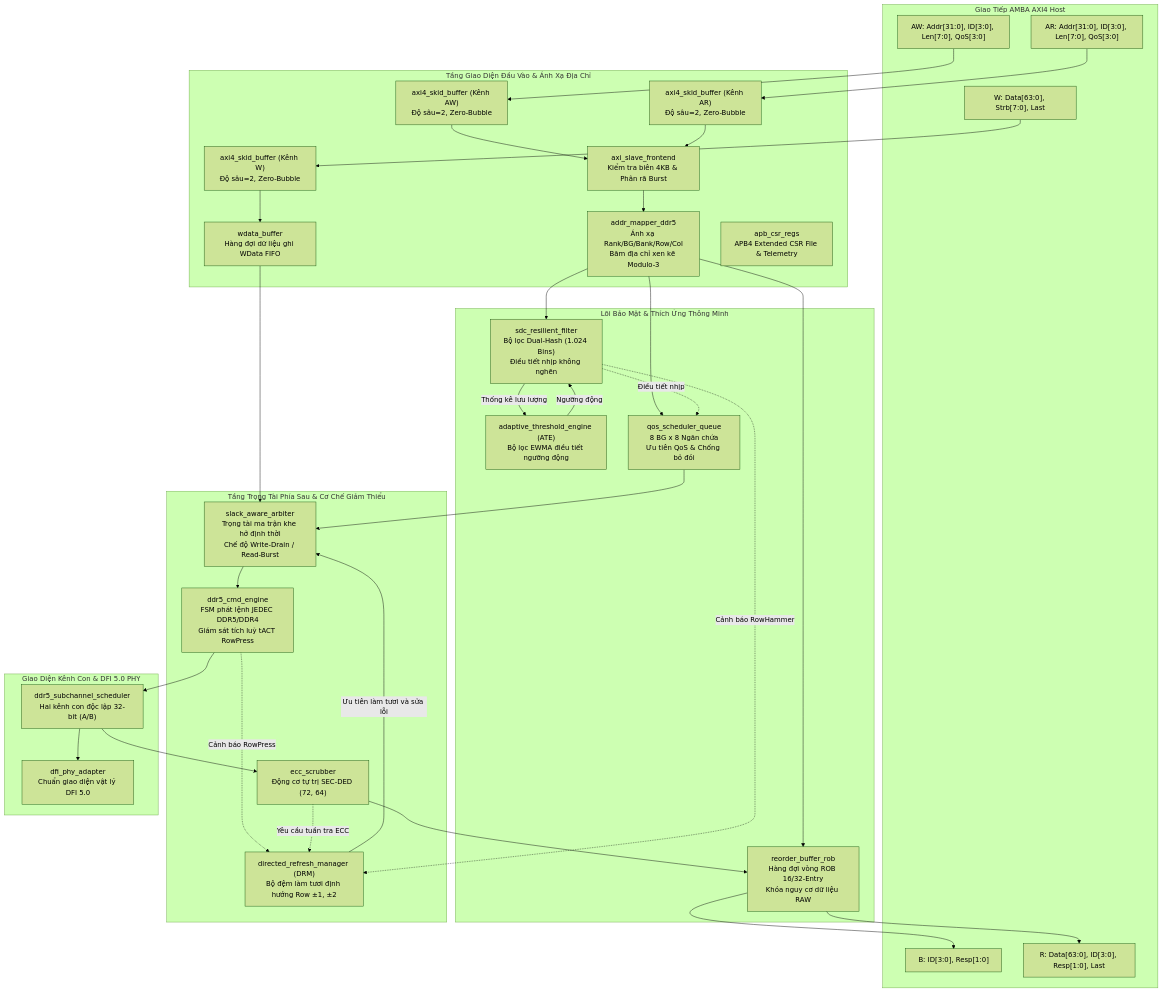
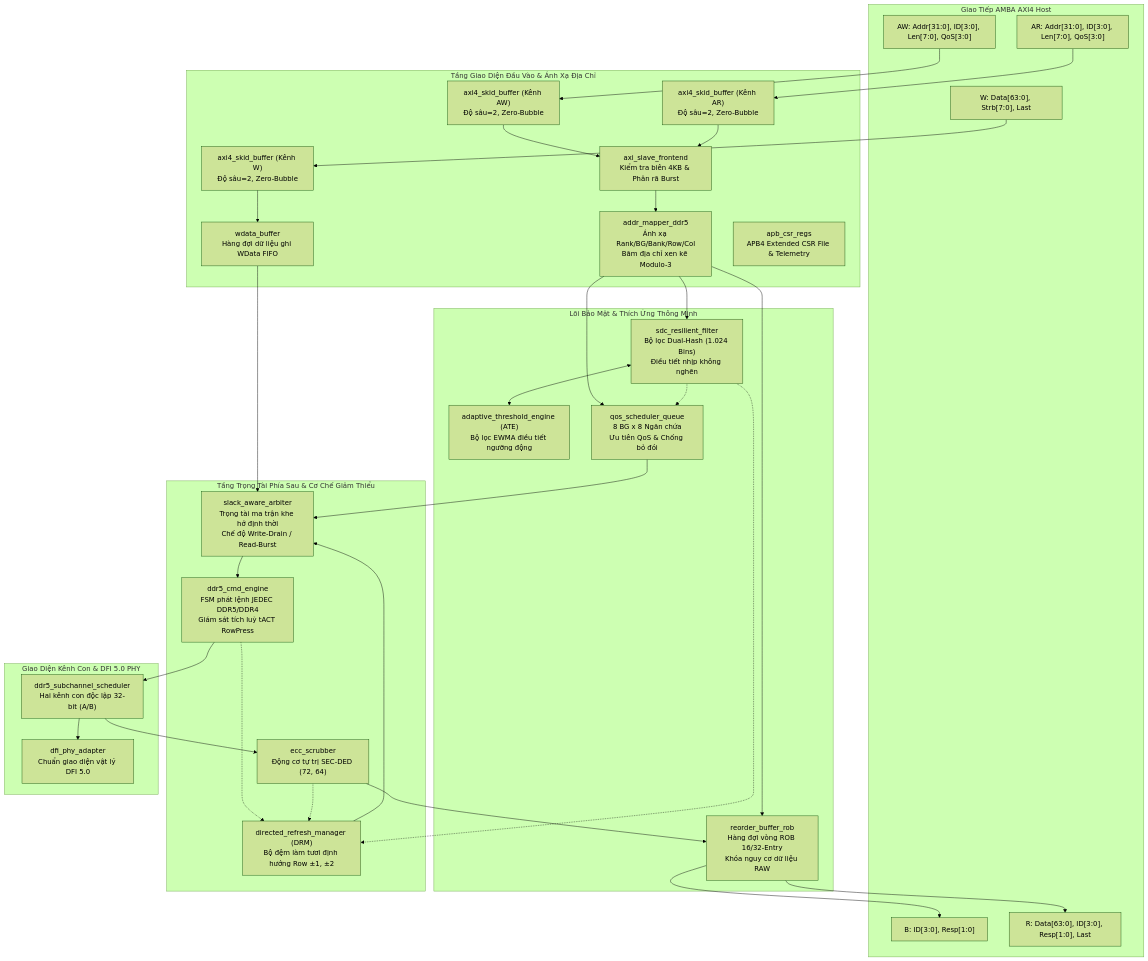
One commit to quachtuanthanh80-arch/DRAM changed the first of 2 diagrams in README.md. Above: the diagram before and after it, drawn with Mermaid (forest theme). The commit also changed other lines of this file, not shown here.

Commit message:
docs(readme): strip edge labels to fix GitHub Mermaid rendering compatibility

````diff
--- a/README.md
+++ b/README.md
@@ -32,69 +32,68 @@
 ```mermaid
 flowchart TD
     subgraph AXI4_Interface ["Giao Tiếp AMBA AXI4 Host"]
         AW["AW: Addr[31:0], ID[3:0], Len[7:0], QoS[3:0]"]
         W["W: Data[63:0], Strb[7:0], Last"]
         B["B: ID[3:0], Resp[1:0]"]
         AR["AR: Addr[31:0], ID[3:0], Len[7:0], QoS[3:0]"]
         R["R: Data[63:0], ID[3:0], Resp[1:0], Last"]
     end
 
     subgraph Frontend_Stage ["Tầng Giao Diện Đầu Vào & Ánh Xạ Địa Chỉ"]
         SKID_AW["axi4_skid_buffer (Kênh AW)<br/>Độ sâu=2, Zero-Bubble"]
         SKID_AR["axi4_skid_buffer (Kênh AR)<br/>Độ sâu=2, Zero-Bubble"]
         SKID_W["axi4_skid_buffer (Kênh W)<br/>Độ sâu=2, Zero-Bubble"]
         FE["axi_slave_frontend<br/>Kiểm tra biên 4KB & Phân rã Burst"]
         WBUF["wdata_buffer<br/>Hàng đợi dữ liệu ghi WData FIFO"]
         MAPPER["addr_mapper_ddr5<br/>Ánh xạ Rank/BG/Bank/Row/Col<br/>Băm địa chỉ xen kẽ Modulo-3"]
         CSR["apb_csr_regs<br/>APB4 Extended CSR File & Telemetry"]
     end
 
     subgraph Core_Engine ["Lõi Bảo Mật & Thích Ứng Thông Minh"]
         SDC["sdc_resilient_filter<br/>Bộ lọc Dual-Hash (1.024 Bins)<br/>Điều tiết nhịp không nghẽn"]
         ATE["adaptive_threshold_engine (ATE)<br/>Bộ lọc EWMA điều tiết ngưỡng động"]
         QOS["qos_scheduler_queue<br/>8 BG x 8 Ngăn chứa<br/>Ưu tiên QoS & Chống bỏ đói"]
         ROB["reorder_buffer_rob<br/>Hàng đợi vòng ROB 16/32-Entry<br/>Khóa nguy cơ dữ liệu RAW"]
     end
 
     subgraph Backend_Stage ["Tầng Trọng Tài Phía Sau & Cơ Chế Giảm Thiểu"]
         ARB["slack_aware_arbiter<br/>Trọng tài ma trận khe hở định thời<br/>Chế độ Write-Drain / Read-Burst"]
         DRM["directed_refresh_manager (DRM)<br/>Bộ đệm làm tươi định hướng Row ±1, ±2"]
         ENGINE["ddr5_cmd_engine<br/>FSM phát lệnh JEDEC DDR5/DDR4<br/>Giám sát tích luỹ tACT RowPress"]
         ECC["ecc_scrubber<br/>Động cơ tự trị SEC-DED (72, 64)"]
     end
 
     subgraph Memory_PHY ["Giao Diện Kênh Con & DFI 5.0 PHY"]
         SCHED["ddr5_subchannel_scheduler<br/>Hai kênh con độc lập 32-bit (A/B)"]
         DFI["dfi_phy_adapter<br/>Chuẩn giao diện vật lý DFI 5.0"]
     end
 
     AW --> SKID_AW
     SKID_AW --> FE
     AR --> SKID_AR
     SKID_AR --> FE
     W --> SKID_W
     SKID_W --> WBUF
 
     FE --> MAPPER
     MAPPER --> SDC
     MAPPER --> QOS
     MAPPER --> ROB
     WBUF --> ARB
 
-    SDC -.->|Điều tiết nhịp| QOS
-    SDC -->|Thống kê lưu lượng| ATE
-    ATE -->|Ngưỡng động| SDC
-    SDC -.->|Cảnh báo RowHammer| DRM
-    ENGINE -.->|Cảnh báo RowPress| DRM
-    ECC -.->|Yêu cầu tuần tra ECC| DRM
+    SDC -.-> QOS
+    SDC <--> ATE
+    SDC -.-> DRM
+    ENGINE -.-> DRM
+    ECC -.-> DRM
 
-    DRM -->|Ưu tiên làm tươi và sửa lỗi| ARB
+    DRM --> ARB
     QOS --> ARB
     ARB --> ENGINE
     ENGINE --> SCHED
     SCHED --> DFI
     SCHED --> ECC
     ECC --> ROB
     ROB --> R
     ROB --> B
 ```
````
